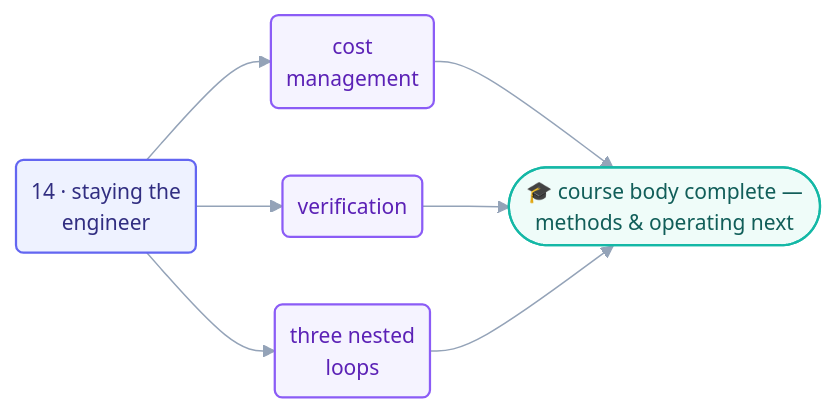
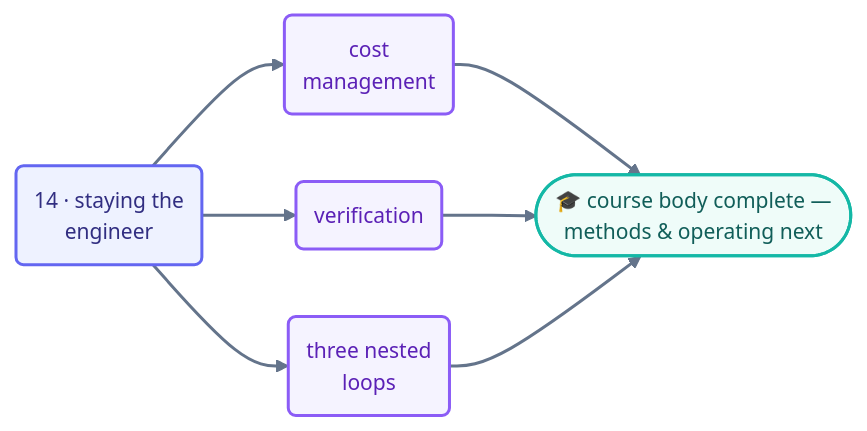
One commit to ayeshakhalid192007-dev/LoopEngineering-CrashCourse changed the diagram in docs/08-part-6-human-control/README.md. Above: the diagram before and after it, drawn with Mermaid. The commit also changed 66 other files, not shown here.

First line of the commit message:
docs(diagrams): bolden and unify all 70 mermaid diagrams

````diff
--- a/docs/08-part-6-human-control/README.md
+++ b/docs/08-part-6-human-control/README.md
@@ -16,11 +16,12 @@
 ```mermaid
-%%{init: {'theme':'base','themeVariables':{'fontFamily':'ui-sans-serif, system-ui, sans-serif','fontSize':'14px','lineColor':'#94a3b8'},'flowchart':{'curve':'basis','nodeSpacing':45,'rankSpacing':50,'padding':10}}}%%
+%%{init: {'theme':'base','themeVariables':{'fontFamily':'ui-sans-serif, system-ui, sans-serif','fontSize':'14px','lineColor':'#64748b','edgeLabelBackground':'#f8fafc'},'flowchart':{'curve':'basis','nodeSpacing':45,'rankSpacing':55,'padding':12}}}%%
 flowchart LR
     S14("14 · staying the<br/>engineer"):::step --> C("cost<br/>management"):::pillar
     S14 --> V("verification"):::pillar
     S14 --> N("three nested<br/>loops"):::pillar
     C & V & N --> DONE(["🎓 course body complete —<br/>methods & operating next"]):::win
-    classDef step fill:#eef2ff,stroke:#6366f1,stroke-width:1.5px,color:#312e81;
-    classDef pillar fill:#f5f3ff,stroke:#8b5cf6,stroke-width:1.5px,color:#5b21b6;
-    classDef win fill:#effcf9,stroke:#14b8a6,stroke-width:1.5px,color:#115e59;
+    linkStyle default stroke:#64748b,stroke-width:2px;
+    classDef step fill:#eef2ff,stroke:#6366f1,stroke-width:2px,color:#312e81;
+    classDef pillar fill:#f5f3ff,stroke:#8b5cf6,stroke-width:2px,color:#5b21b6;
+    classDef win fill:#effcf9,stroke:#14b8a6,stroke-width:2px,color:#115e59;
 ```
````
